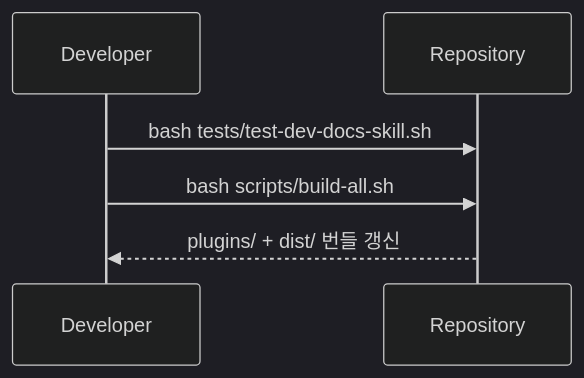
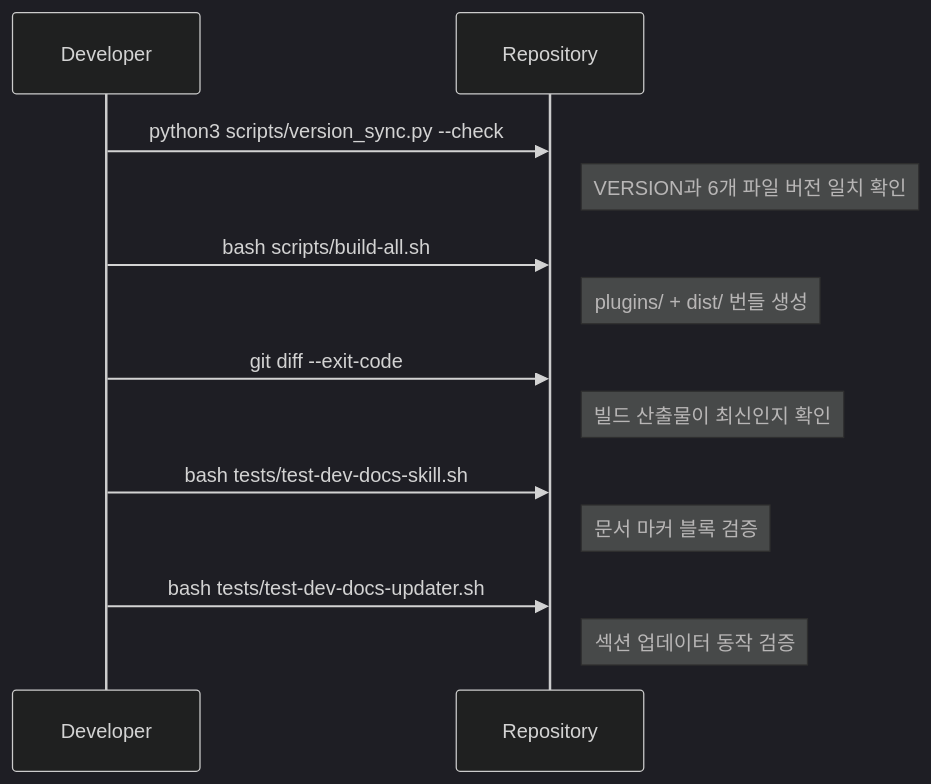
Before and after one commit to Jimmy-Jung/ai-symbiote: the second of 2 diagrams in docs/ONBOARDING.md, drawn with Mermaid (dark theme). The commit also changed other lines of this file and 5 other files, not shown here.

````diff
--- a/docs/ONBOARDING.md
+++ b/docs/ONBOARDING.md
@@ -31,8 +34,15 @@
 ```mermaid
 sequenceDiagram
     participant Dev as Developer
     participant Repo as Repository
+    Dev->>Repo: python3 scripts/version_sync.py --check
+    Note right of Repo: VERSION과 6개 파일 버전 일치 확인
+    Dev->>Repo: bash scripts/build-all.sh
+    Note right of Repo: plugins/ + dist/ 번들 생성
+    Dev->>Repo: git diff --exit-code
+    Note right of Repo: 빌드 산출물이 최신인지 확인
     Dev->>Repo: bash tests/test-dev-docs-skill.sh
-    Dev->>Repo: bash scripts/build-all.sh
-    Repo-->>Dev: plugins/ + dist/ 번들 갱신
+    Note right of Repo: 문서 마커 블록 검증
+    Dev->>Repo: bash tests/test-dev-docs-updater.sh
+    Note right of Repo: 섹션 업데이터 동작 검증
 ```
````
